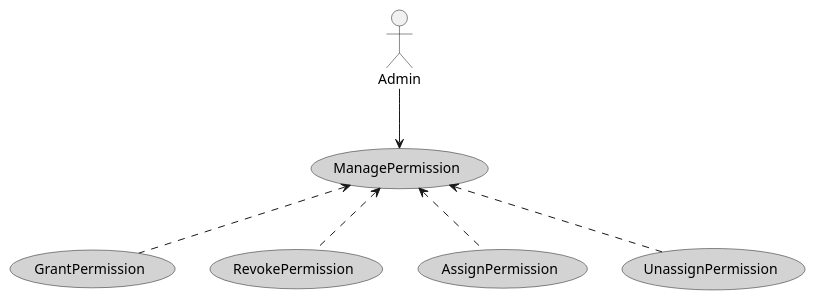
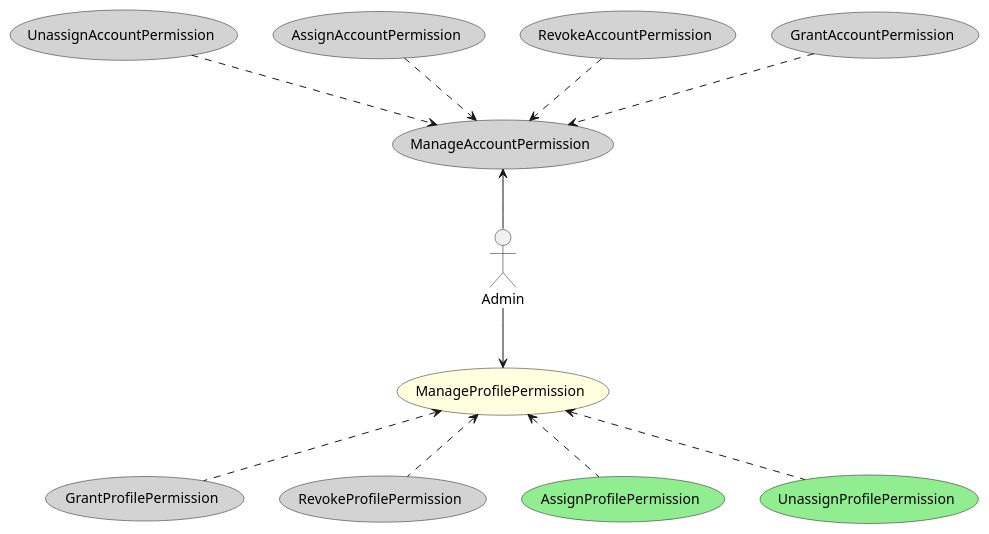
Before and after one commit to zehgreven/nutri-be-ddd-ca: the diagram in documentation/usecase/UseCase.iam.ManagePermission.puml, drawn with PlantUML. The commit also changed 19 other files, not shown here.

Commit message:
Created AssignProfilePermission and UnassignProfilePermission

```diff
--- a/documentation/usecase/UseCase.iam.ManagePermission.puml
+++ b/documentation/usecase/UseCase.iam.ManagePermission.puml
@@ -1,17 +1,28 @@
 @startuml Use Case
 
 actor Admin
 
-usecase ManagePermission #LightGray
-usecase GrantPermission #LightGray
-usecase RevokePermission #LightGray
-usecase AssignPermission #LightGray
-usecase UnassignPermission #LightGray
+usecase ManageProfilePermission #LightYellow
+usecase GrantProfilePermission #LightGray
+usecase RevokeProfilePermission #LightGray
+usecase AssignProfilePermission #LightGreen
+usecase UnassignProfilePermission #LightGreen
+usecase ManageAccountPermission #LightGray
+usecase GrantAccountPermission #LightGray
+usecase RevokeAccountPermission #LightGray
+usecase AssignAccountPermission #LightGray
+usecase UnassignAccountPermission #LightGray
 
-Admin --> (ManagePermission) 
-(ManagePermission) <.d. (GrantPermission) 
-(ManagePermission) <.d. (RevokePermission) 
-(ManagePermission) <.d. (AssignPermission) 
-(ManagePermission) <.d. (UnassignPermission) 
+Admin -d-> (ManageProfilePermission) 
+(ManageProfilePermission) <.d. (GrantProfilePermission) 
+(ManageProfilePermission) <.d. (RevokeProfilePermission) 
+(ManageProfilePermission) <.d. (AssignProfilePermission) 
+(ManageProfilePermission) <.d. (UnassignProfilePermission) 
+
+Admin -u-> (ManageAccountPermission) 
+(ManageAccountPermission) <.u. (GrantAccountPermission) 
+(ManageAccountPermission) <.u. (RevokeAccountPermission) 
+(ManageAccountPermission) <.u. (AssignAccountPermission) 
+(ManageAccountPermission) <.u. (UnassignAccountPermission) 
 
 @enduml
```
